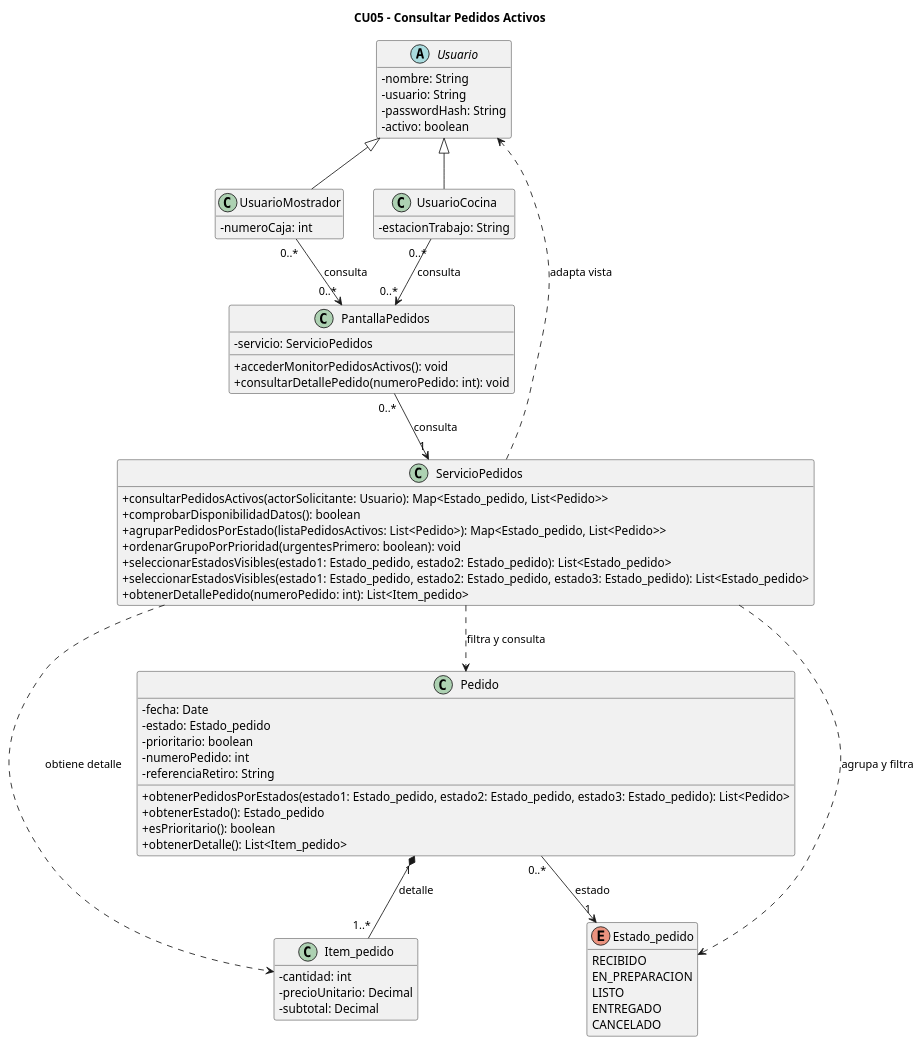
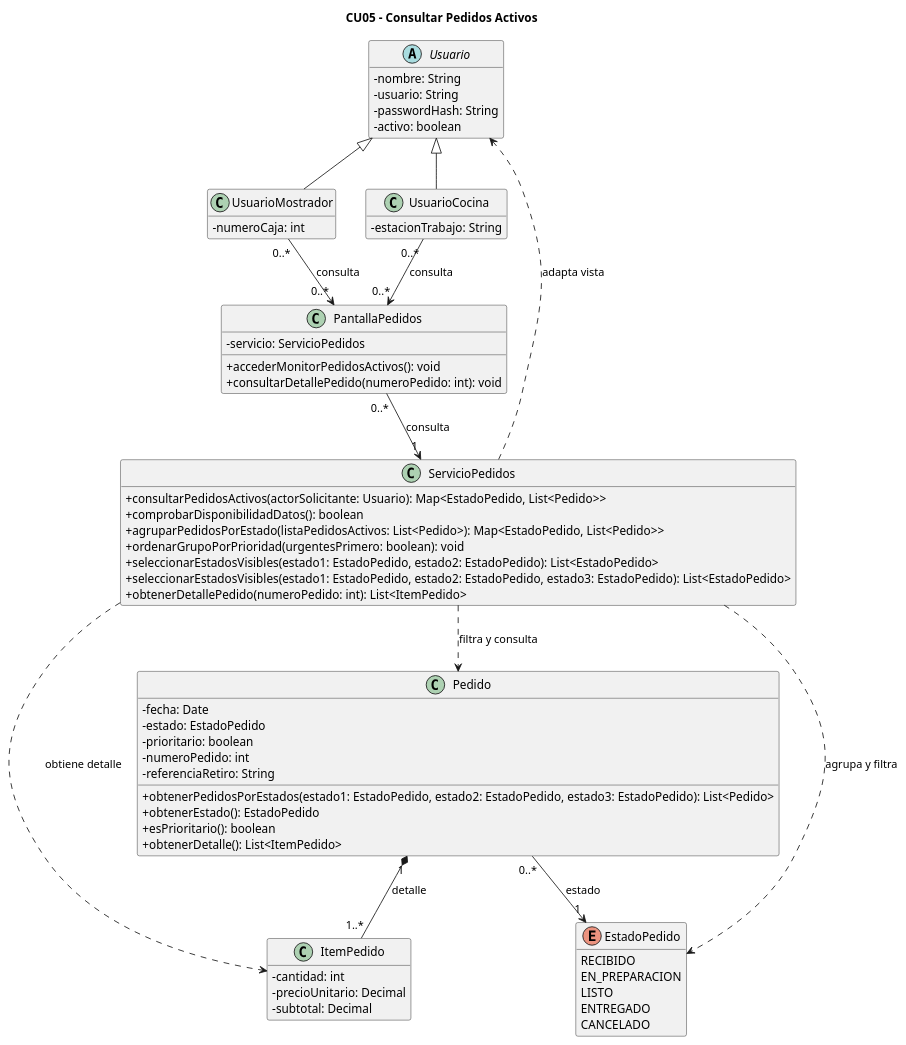
One commit to eloeyhe/SistemaPedidos changed the diagram in diagramas/01-diagrama-clases/05-clases-consultar-pedidos-activos-05.puml. Above: the diagram before and after it, drawn with PlantUML. The commit also changed 43 other files, not shown here.

```diff
--- a/diagramas/01-diagrama-clases/05-clases-consultar-pedidos-activos-05.puml
+++ b/diagramas/01-diagrama-clases/05-clases-consultar-pedidos-activos-05.puml
@@ -1,77 +1,77 @@
 @startuml 05-clases-consultar-pedidos-activos-05
 title CU05 - Consultar Pedidos Activos
 skinparam classAttributeIconSize 0
 hide empty members
 
 abstract class Usuario {
   - nombre: String
   - usuario: String
   - passwordHash: String
   - activo: boolean
 }
 
 class UsuarioCocina {
   - estacionTrabajo: String
 }
 
 class UsuarioMostrador {
   - numeroCaja: int
 }
 
 class PantallaPedidos {
   - servicio: ServicioPedidos
   + accederMonitorPedidosActivos(): void
   + consultarDetallePedido(numeroPedido: int): void
 }
 
 class ServicioPedidos {
-  + consultarPedidosActivos(actorSolicitante: Usuario): Map<Estado_pedido, List<Pedido>>
+  + consultarPedidosActivos(actorSolicitante: Usuario): Map<EstadoPedido, List<Pedido>>
   + comprobarDisponibilidadDatos(): boolean
-  + agruparPedidosPorEstado(listaPedidosActivos: List<Pedido>): Map<Estado_pedido, List<Pedido>>
+  + agruparPedidosPorEstado(listaPedidosActivos: List<Pedido>): Map<EstadoPedido, List<Pedido>>
   + ordenarGrupoPorPrioridad(urgentesPrimero: boolean): void
-  + seleccionarEstadosVisibles(estado1: Estado_pedido, estado2: Estado_pedido): List<Estado_pedido>
-  + seleccionarEstadosVisibles(estado1: Estado_pedido, estado2: Estado_pedido, estado3: Estado_pedido): List<Estado_pedido>
-  + obtenerDetallePedido(numeroPedido: int): List<Item_pedido>
+  + seleccionarEstadosVisibles(estado1: EstadoPedido, estado2: EstadoPedido): List<EstadoPedido>
+  + seleccionarEstadosVisibles(estado1: EstadoPedido, estado2: EstadoPedido, estado3: EstadoPedido): List<EstadoPedido>
+  + obtenerDetallePedido(numeroPedido: int): List<ItemPedido>
 }
 
 class Pedido {
   - fecha: Date
-  - estado: Estado_pedido
+  - estado: EstadoPedido
   - prioritario: boolean
   - numeroPedido: int
   - referenciaRetiro: String
-  + obtenerPedidosPorEstados(estado1: Estado_pedido, estado2: Estado_pedido, estado3: Estado_pedido): List<Pedido>
-  + obtenerEstado(): Estado_pedido
+  + obtenerPedidosPorEstados(estado1: EstadoPedido, estado2: EstadoPedido, estado3: EstadoPedido): List<Pedido>
+  + obtenerEstado(): EstadoPedido
   + esPrioritario(): boolean
-  + obtenerDetalle(): List<Item_pedido>
+  + obtenerDetalle(): List<ItemPedido>
 }
 
-class Item_pedido {
+class ItemPedido {
   - cantidad: int
   - precioUnitario: Decimal
   - subtotal: Decimal
 }
 
-enum Estado_pedido {
+enum EstadoPedido {
   RECIBIDO
   EN_PREPARACION
   LISTO
   ENTREGADO
   CANCELADO
 }
 
 Usuario <|-- UsuarioCocina
 Usuario <|-- UsuarioMostrador
 
 UsuarioCocina "0..*" --> "0..*" PantallaPedidos : consulta
 UsuarioMostrador "0..*" --> "0..*" PantallaPedidos : consulta
 
 PantallaPedidos "0..*" --> "1" ServicioPedidos : consulta
-Pedido "0..*" --> "1" Estado_pedido : estado
-Pedido "1" *-- "1..*" Item_pedido : detalle
+Pedido "0..*" --> "1" EstadoPedido : estado
+Pedido "1" *-- "1..*" ItemPedido : detalle
 
 ServicioPedidos ..> Pedido : filtra y consulta
-ServicioPedidos ..> Estado_pedido : agrupa y filtra
-ServicioPedidos ..> Item_pedido : obtiene detalle
+ServicioPedidos ..> EstadoPedido : agrupa y filtra
+ServicioPedidos ..> ItemPedido : obtiene detalle
 ServicioPedidos ..> Usuario : adapta vista
 @enduml
```
